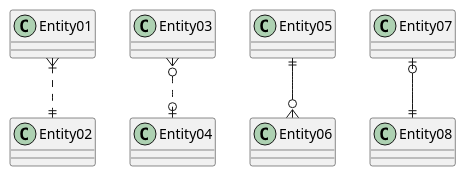
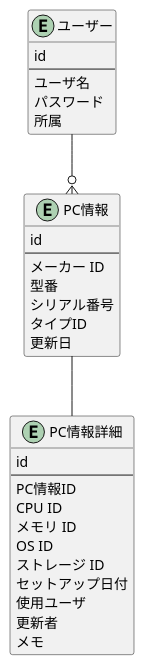
Before and after one commit to moto-sbt/express-api: the diagram in documents/er.pu, drawn with PlantUML.

Commit message:
er図作成途中(#17)

```diff
--- a/documents/er.pu
+++ b/documents/er.pu
@@ -1,6 +1,41 @@
 @startuml test_er
-Entity01 }|..|| Entity02
-Entity03 }o..o| Entity04
-Entity05 ||--o{ Entity06
-Entity07 |o--|| Entity08
+' Entity01 }|..|| Entity02
+' Entity03 }o..o| Entity04
+' Entity05 ||--o{ Entity06
+' Entity07 |o--|| Entity08
+
+entity "ユーザー" as user {
+  id
+  --
+  ユーザ名
+  パスワード
+  所属
+}
+
+entity "PC情報" as pc_info {
+  id
+  --
+  メーカー ID
+  型番
+  シリアル番号
+  タイプID
+  更新日
+}
+
+entity "PC情報詳細" as pc_info_detail {
+  id
+  --
+  PC情報ID
+  CPU ID
+  メモリ ID
+  OS ID
+  ストレージ ID
+  セットアップ日付
+  使用ユーザ
+  更新者
+  メモ
+}
+
+user --o{ pc_info
+pc_info -- pc_info_detail
 @enduml
```
